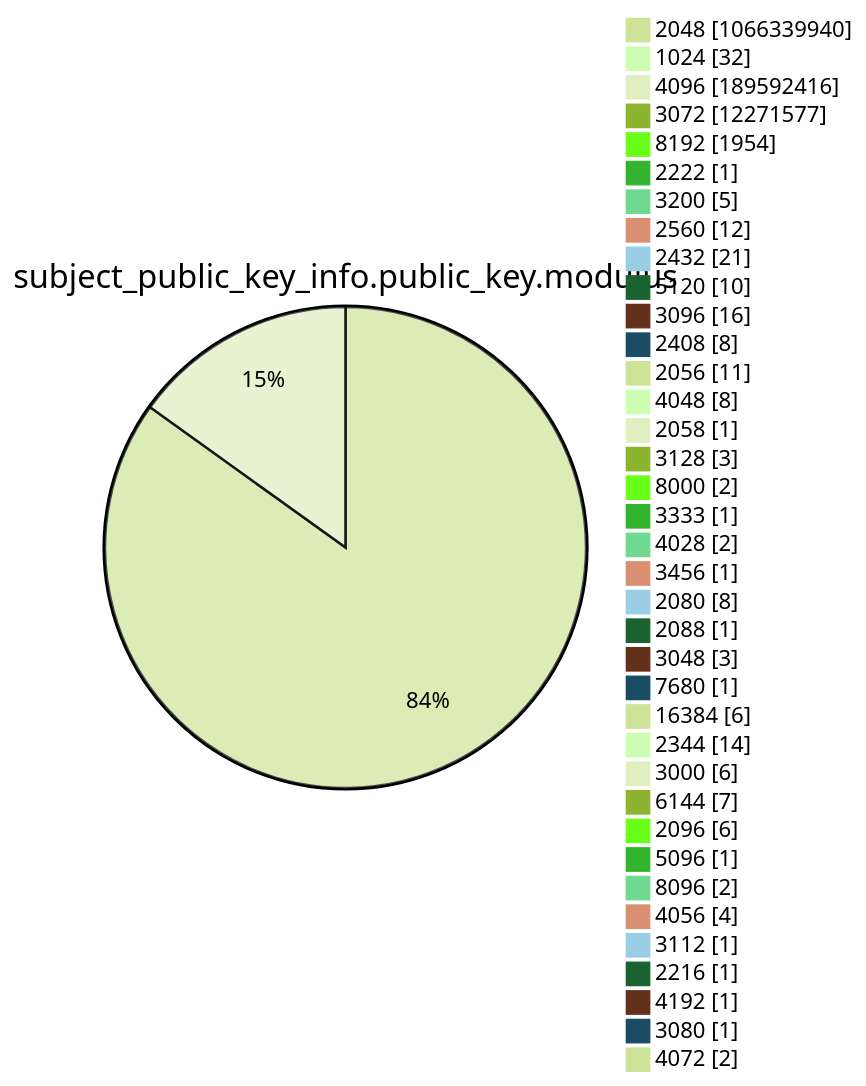
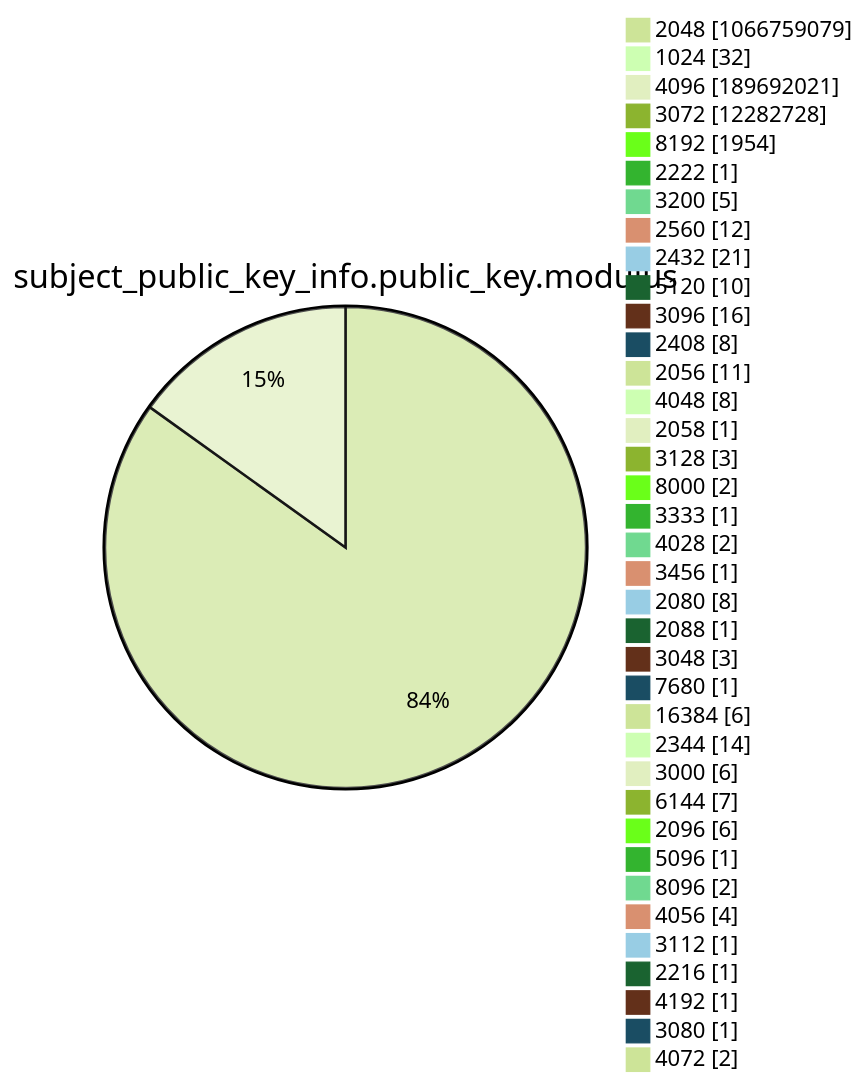
Diagram 13 of 15 in argon2022/README.md (christiankrug/ctmonitor_visualization), drawn with Mermaid (forest theme) before and after one commit. The commit also changed other lines of this file, not shown here.

````diff
--- a/argon2022/README.md
+++ b/argon2022/README.md
@@ -3589,41 +3589,41 @@
 ```mermaid
 pie showData
 title subject_public_key_info.public_key.modulus
-"2048" :1066339940
+"2048" :1066759079
 "1024" :32
-"4096" :189592416
-"3072" :12271577
+"4096" :189692021
+"3072" :12282728
 "8192" :1954
 "2222" :1
 "3200" :5
 "2560" :12
 "2432" :21
 "5120" :10
 "3096" :16
 "2408" :8
 "2056" :11
 "4048" :8
 "2058" :1
 "3128" :3
 "8000" :2
 "3333" :1
 "4028" :2
 "3456" :1
 "2080" :8
 "2088" :1
 "3048" :3
 "7680" :1
 "16384" :6
 "2344" :14
 "3000" :6
 "6144" :7
 "2096" :6
 "5096" :1
 "8096" :2
 "4056" :4
 "3112" :1
 "2216" :1
 "4192" :1
 "3080" :1
 "4072" :2
 ```
````
